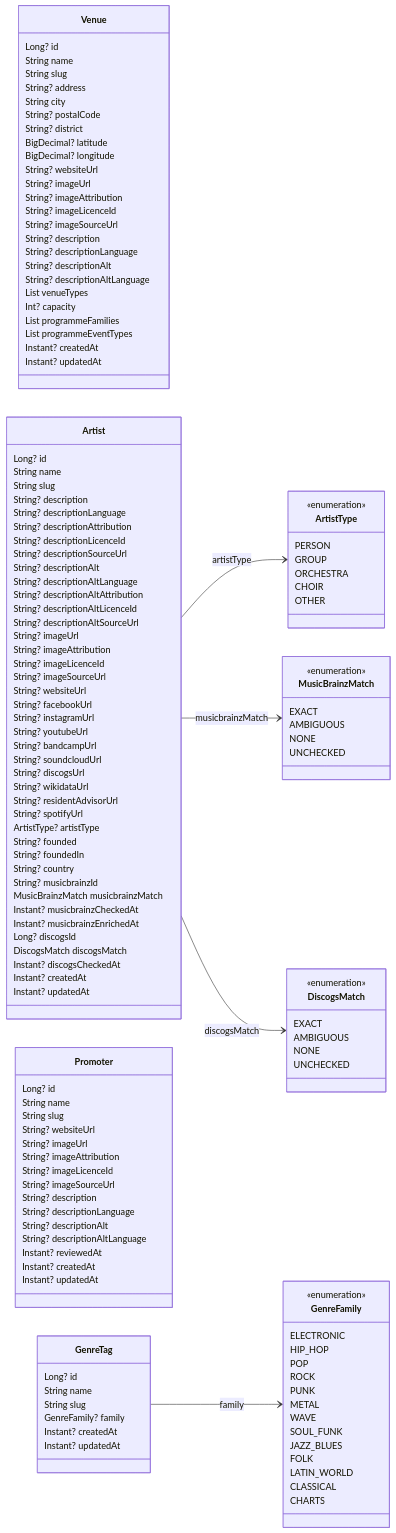
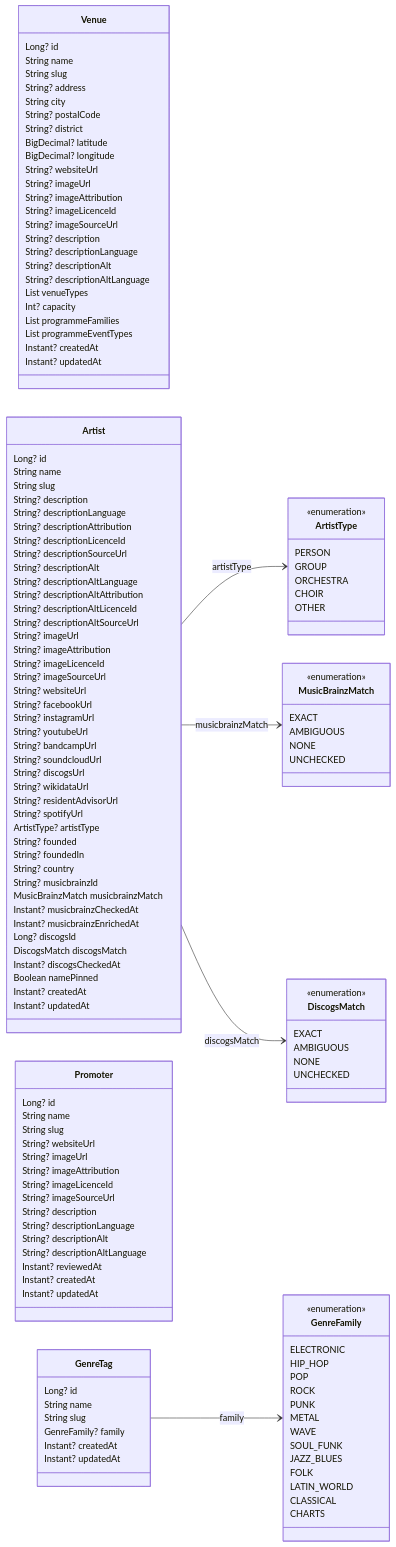
Before and after one commit to enorm-labs/event-junkie: the diagram in docs/DATA_MODEL.md, drawn with Mermaid. The commit also changed other lines of this file and 15 other files, not shown here.

```diff
--- a/docs/DATA_MODEL.md
+++ b/docs/DATA_MODEL.md
@@ -92,6 +92,7 @@
         Long? discogsId
         DiscogsMatch discogsMatch
         Instant? discogsCheckedAt
+        Boolean namePinned
         Instant? createdAt
         Instant? updatedAt
     }
```
